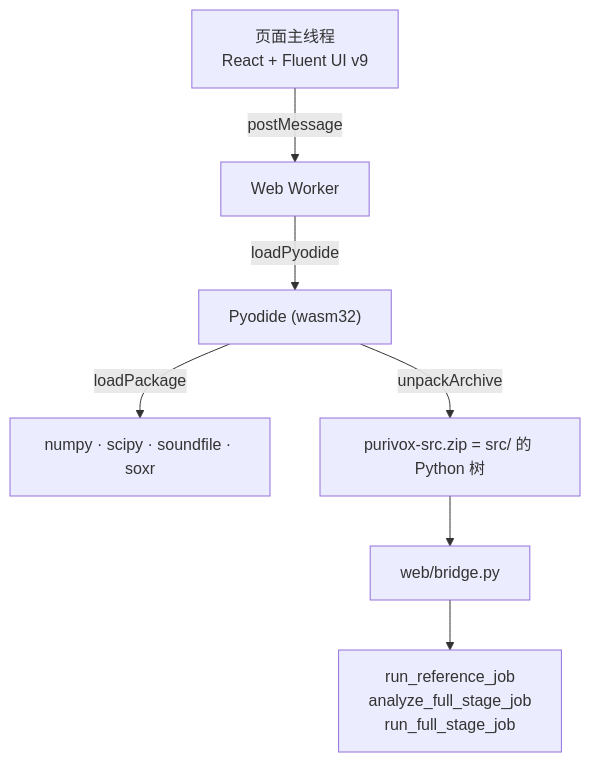
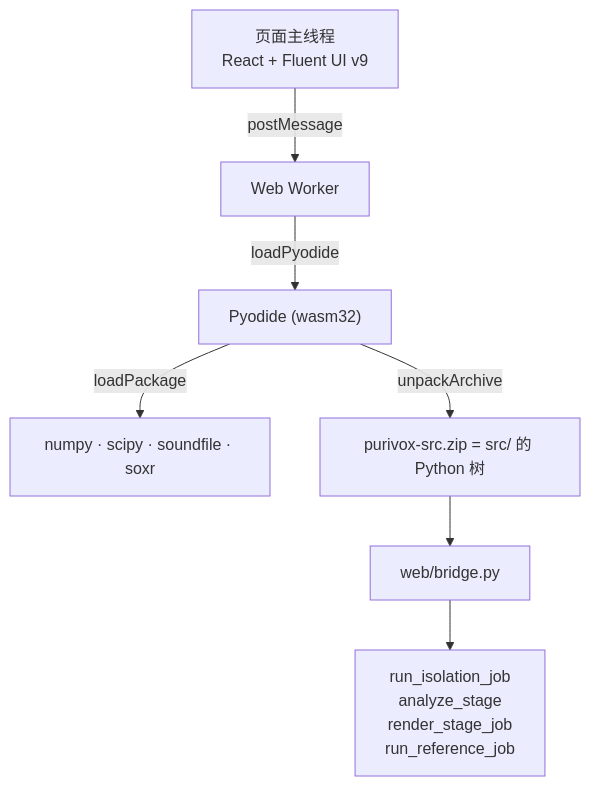
One commit to ChouChiu/Purivox changed the diagram in docs/web.md. Above: the diagram before and after it, drawn with Mermaid. The commit also changed other lines of this file and 16 other files, not shown here.

````diff
--- a/docs/web.md
+++ b/docs/web.md
@@ -25,9 +24,9 @@
 ```mermaid
 flowchart TD
     ui["页面主线程<br/>React + Fluent UI v9"] -->|postMessage| worker["Web Worker"]
     worker -->|loadPyodide| pyodide["Pyodide (wasm32)"]
     pyodide -->|loadPackage| deps["numpy · scipy · soundfile · soxr"]
     pyodide -->|unpackArchive| sources["purivox-src.zip = src/ 的 Python 树"]
     sources --> bridge["web/bridge.py"]
-    bridge --> pipelines["run_reference_job<br/>analyze_full_stage_job<br/>run_full_stage_job"]
+    bridge --> pipelines["run_isolation_job<br/>analyze_stage<br/>render_stage_job<br/>run_reference_job"]
 ```
````
